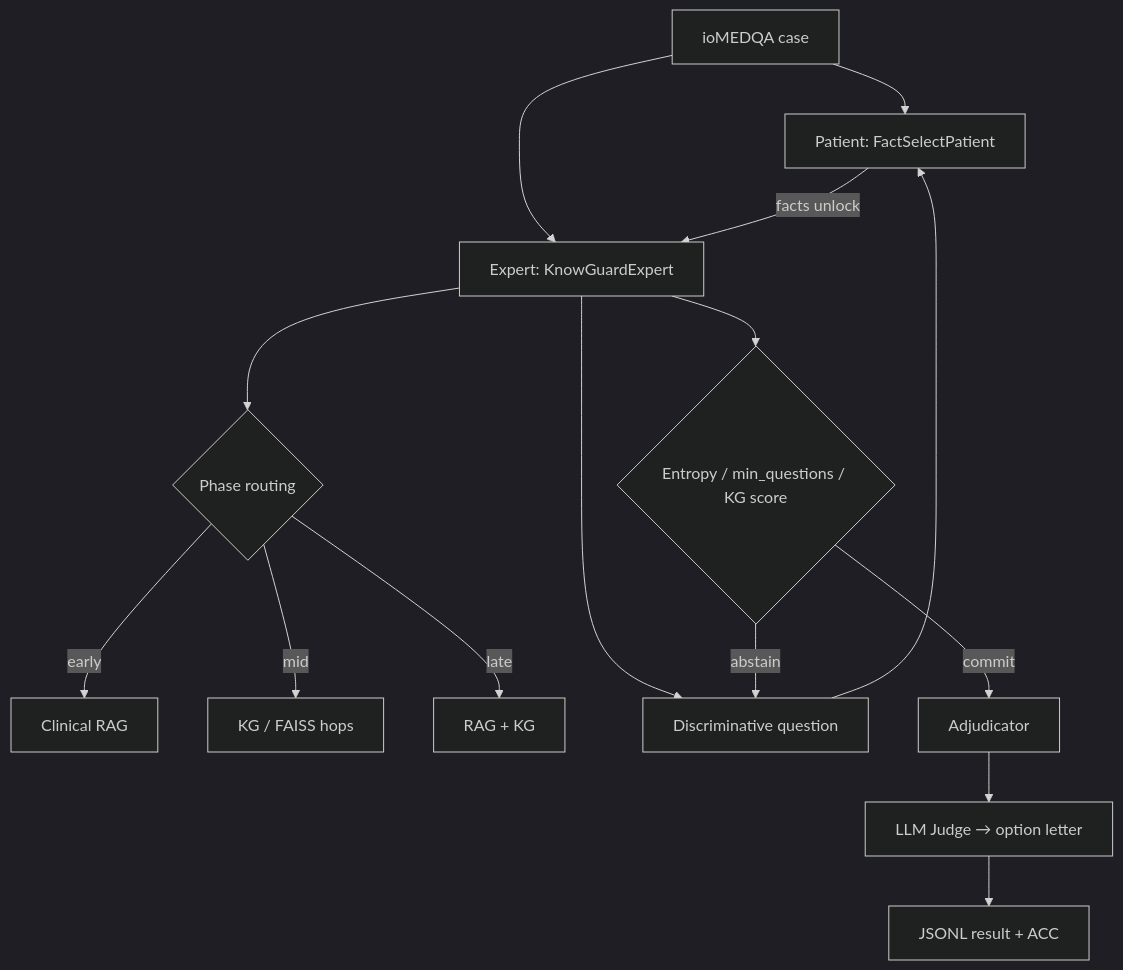
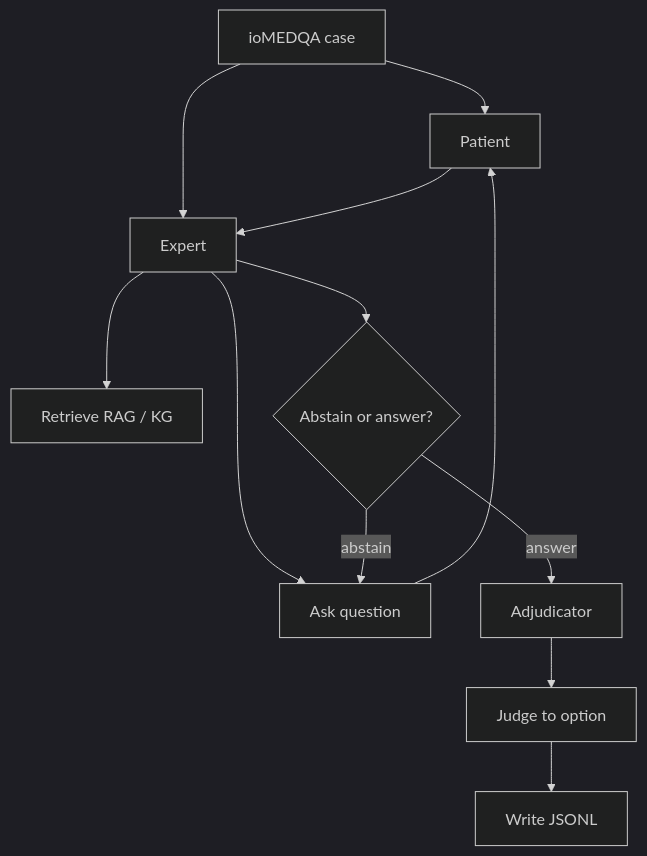
The diagram in README.md (harshalDharpure/KnowGuard-AStar), drawn with Mermaid (dark theme) before and after one commit. The commit also changed other lines of this file and 12 other files, not shown here.

````diff
--- a/README.md
+++ b/README.md
@@ -271,17 +214,14 @@
 ```mermaid
 flowchart TD
-  A[ioMEDQA case] --> B[Patient: FactSelectPatient]
-  A --> C[Expert: KnowGuardExpert]
-  C --> D{Phase routing}
-  D -->|early| E[Clinical RAG]
-  D -->|mid| F[KG / FAISS hops]
-  D -->|late| G[RAG + KG]
-  C --> H[Discriminative question]
-  H --> B
-  B -->|facts unlock| C
-  C --> I{Entropy / min_questions / KG score}
-  I -->|abstain| H
-  I -->|commit| J[Adjudicator]
-  J --> K[LLM Judge → option letter]
-  K --> L[JSONL result + ACC]
+  A[ioMEDQA case] --> B[Patient]
+  A --> C[Expert]
+  C --> D[Retrieve RAG / KG]
+  C --> E[Ask question]
+  E --> B
+  B --> C
+  C --> F{Abstain or answer?}
+  F -->|abstain| E
+  F -->|answer| G[Adjudicator]
+  G --> H[Judge to option]
+  H --> I[Write JSONL]
 ```
````
